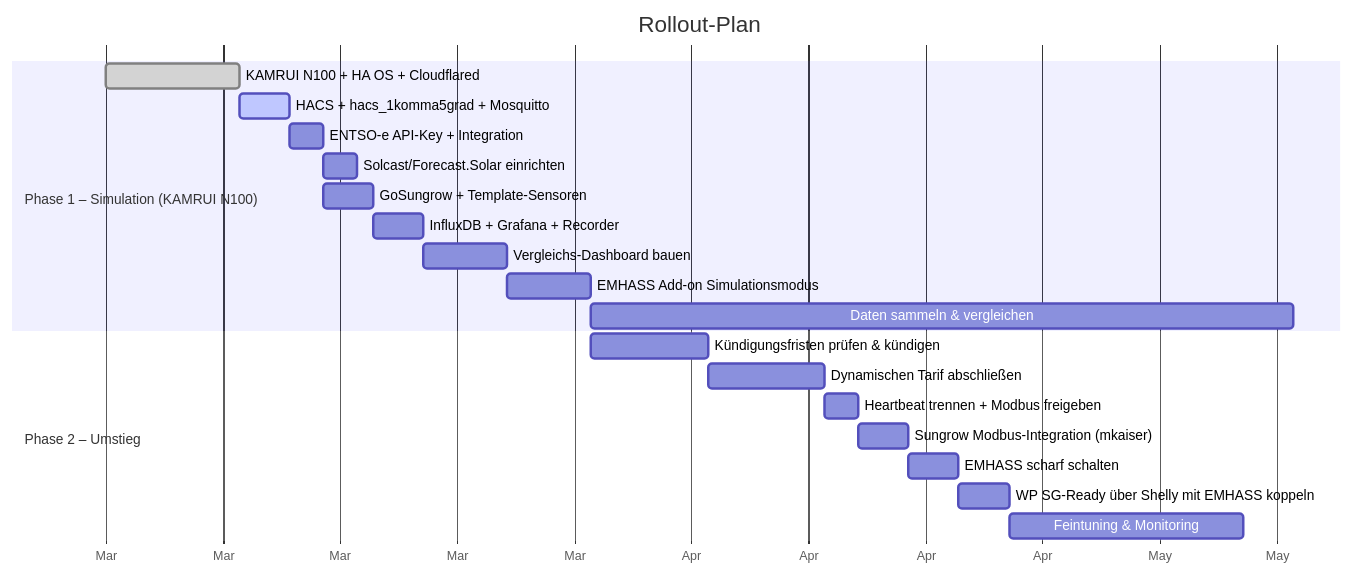
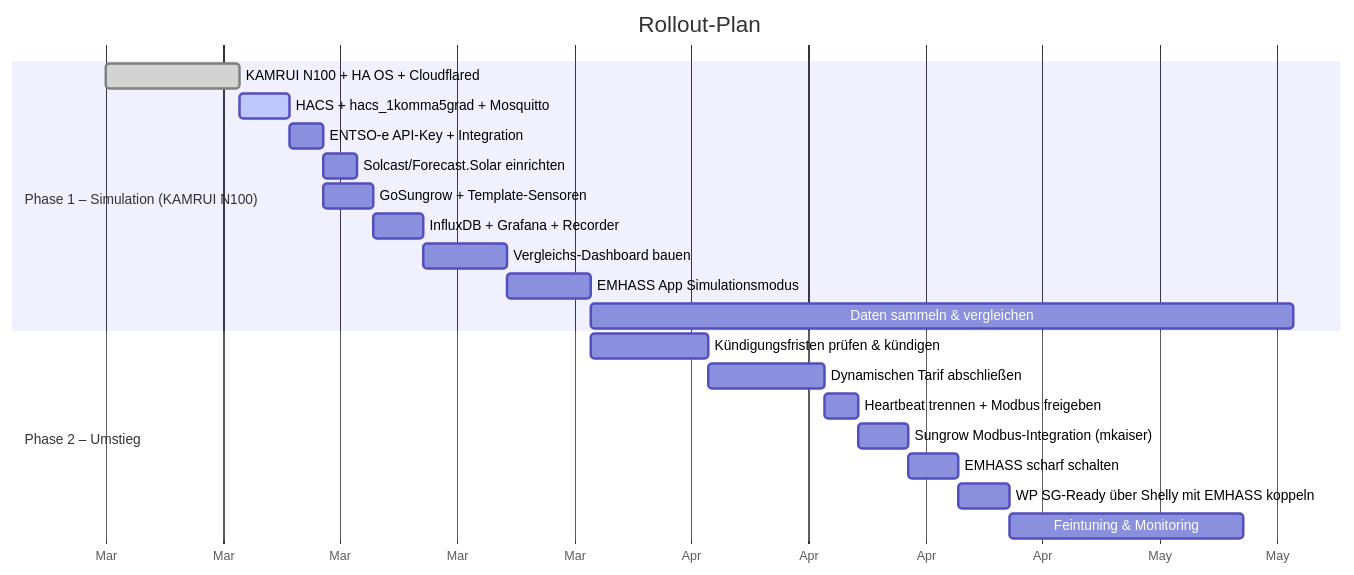
The third of 3 diagrams in docs/architektur.md (schowave/energy-management), drawn with Mermaid before and after one commit. The commit also changed other lines of this file and 11 other files, not shown here.

````diff
--- a/docs/architektur.md
+++ b/docs/architektur.md
@@ -149,26 +149,26 @@
 ```mermaid
 gantt
     title Rollout-Plan
     dateFormat YYYY-MM-DD
     axisFormat %b
 
     section Phase 1 – Simulation (KAMRUI N100)
     KAMRUI N100 + HA OS + Cloudflared       :done, p1hw, 2026-03-01, 8d
     HACS + hacs_1komma5grad + Mosquitto     :active, p1hacs, after p1hw, 3d
     ENTSO-e API-Key + Integration           :p1a, after p1hacs, 2d
     Solcast/Forecast.Solar einrichten       :p1b, after p1a, 2d
     GoSungrow + Template-Sensoren           :p1c, after p1a, 3d
     InfluxDB + Grafana + Recorder           :p1d, after p1c, 3d
     Vergleichs-Dashboard bauen              :p1e, after p1d, 5d
-    EMHASS Add-on Simulationsmodus          :p1f, after p1e, 5d
+    EMHASS App Simulationsmodus          :p1f, after p1e, 5d
     Daten sammeln & vergleichen             :p1g, after p1f, 42d
 
     section Phase 2 – Umstieg
     Kündigungsfristen prüfen & kündigen     :p2a, after p1f, 7d
     Dynamischen Tarif abschließen           :p2b, after p2a, 7d
     Heartbeat trennen + Modbus freigeben    :p2c, after p2b, 2d
     Sungrow Modbus-Integration (mkaiser)    :p2d, after p2c, 3d
     EMHASS scharf schalten                  :p2e, after p2d, 3d
     WP SG-Ready über Shelly mit EMHASS koppeln :p2f, after p2e, 3d
     Feintuning & Monitoring                 :p2g, after p2f, 14d
 ```
````
